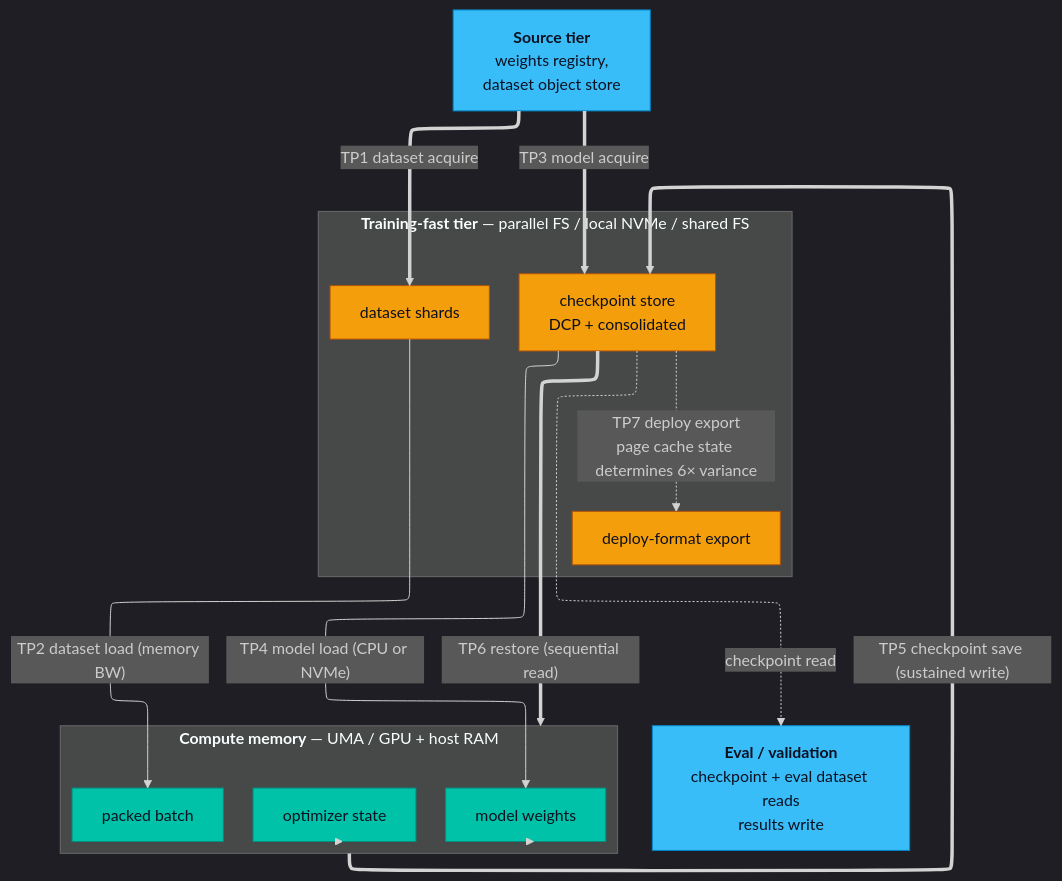
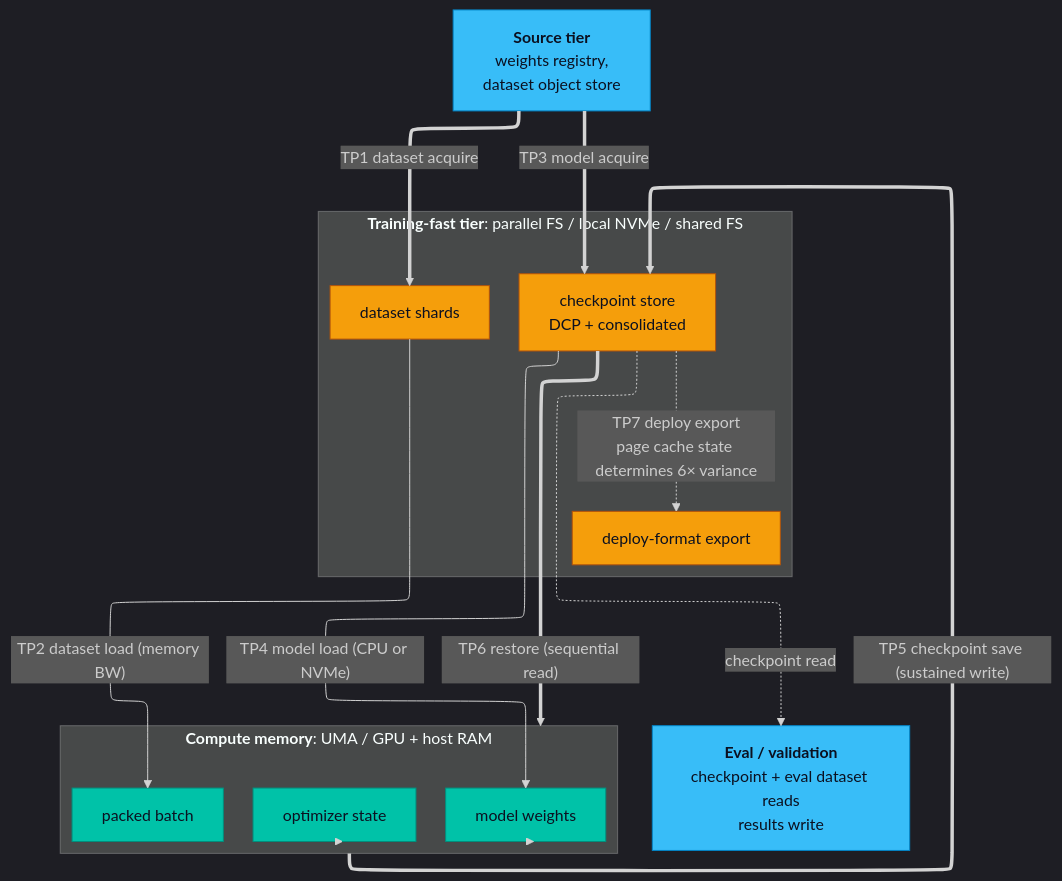
Before and after one commit to knachiketa04/aihomelab: the diagram in artifacts/concepts/storage-touchpoints-map/training.mmd, drawn with Mermaid. The commit also changed 7 other files, not shown here.

```diff
--- a/artifacts/concepts/storage-touchpoints-map/training.mmd
+++ b/artifacts/concepts/storage-touchpoints-map/training.mmd
@@ -1,36 +1,36 @@
 %%{init: {'theme':'dark', 'flowchart': {'defaultRenderer': 'elk'}}}%%
 flowchart TB
     classDef storage    fill:#F59E0B,stroke:#B45309,color:#0B1020,stroke-width:1px
     classDef compute    fill:#7C5CFF,stroke:#5B3DD9,color:#F1F5F9,stroke-width:1px
     classDef memory     fill:#00C2A8,stroke:#008F7E,color:#0B1020,stroke-width:1px
     classDef fabric     fill:#38BDF8,stroke:#0284C7,color:#0B1020,stroke-width:1px
     classDef tier       fill:#0F172A,stroke:#475569,color:#F1F5F9,stroke-width:2px
 
     REG["<b>Source tier</b><br>weights registry,<br>dataset object store"]:::fabric
 
-    subgraph TIER["<b>Training-fast tier</b> — parallel FS / local NVMe / shared FS"]
+    subgraph TIER["<b>Training-fast tier</b>: parallel FS / local NVMe / shared FS"]
         direction LR
         DS["dataset shards"]:::storage
         CKPT["checkpoint store<br>DCP + consolidated"]:::storage
         EXP["deploy-format export"]:::storage
     end
 
-    subgraph COMPUTE["<b>Compute memory</b> — UMA / GPU + host RAM"]
+    subgraph COMPUTE["<b>Compute memory</b>: UMA / GPU + host RAM"]
         direction LR
         MODEL["model weights"]:::memory
         OPT["optimizer state"]:::memory
         BATCH["packed batch"]:::memory
     end
 
     EVAL["<b>Eval / validation</b><br>checkpoint + eval dataset reads<br>results write"]:::fabric
 
     REG ==>|"TP1 dataset acquire"| DS
     REG ==>|"TP3 model acquire"| CKPT
     DS -->|"TP2 dataset load (memory BW)"| BATCH
     CKPT -->|"TP4 model load (CPU or NVMe)"| MODEL
     MODEL --> COMPUTE
     OPT --> COMPUTE
     COMPUTE ==>|"TP5 checkpoint save (sustained write)"| CKPT
     CKPT ==>|"TP6 restore (sequential read)"| COMPUTE
     CKPT -.->|"TP7 deploy export<br>page cache state determines 6× variance"| EXP
     CKPT -.->|"checkpoint read"| EVAL
```
